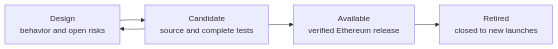
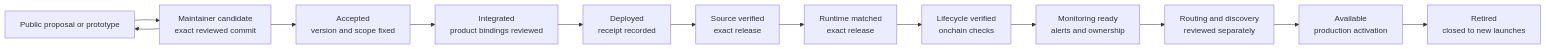
One commit to 0xprogrammable/PROGRAMMABLE changed the second of 2 diagrams in README.md. Above: the diagram before and after it, drawn with Mermaid. The commit also changed other lines of this file and 253 other files, not shown here.

````diff
--- a/README.md
+++ b/README.md
@@ -88,7 +92,15 @@
 ```mermaid
 flowchart LR
-    design["Design<br/>behavior and open risks"] --> candidate["Candidate<br/>source and complete tests"]
-    candidate --> available["Available<br/>verified Ethereum release"]
+    submission["Public proposal or prototype"] --> candidate["Maintainer candidate<br/>exact reviewed commit"]
+    candidate --> accepted["Accepted<br/>version and scope fixed"]
+    accepted --> integrated["Integrated<br/>product bindings reviewed"]
+    integrated --> deployed["Deployed<br/>receipt recorded"]
+    deployed --> source["Source verified<br/>exact release"]
+    source --> runtime["Runtime matched<br/>exact release"]
+    runtime --> lifecycle["Lifecycle verified<br/>onchain checks"]
+    lifecycle --> monitoring["Monitoring ready<br/>alerts and ownership"]
+    monitoring --> routing["Routing and discovery<br/>reviewed separately"]
+    routing --> available["Available<br/>production activation"]
     available --> retired["Retired<br/>closed to new launches"]
-    candidate --> design
+    candidate --> submission
 ```
````
